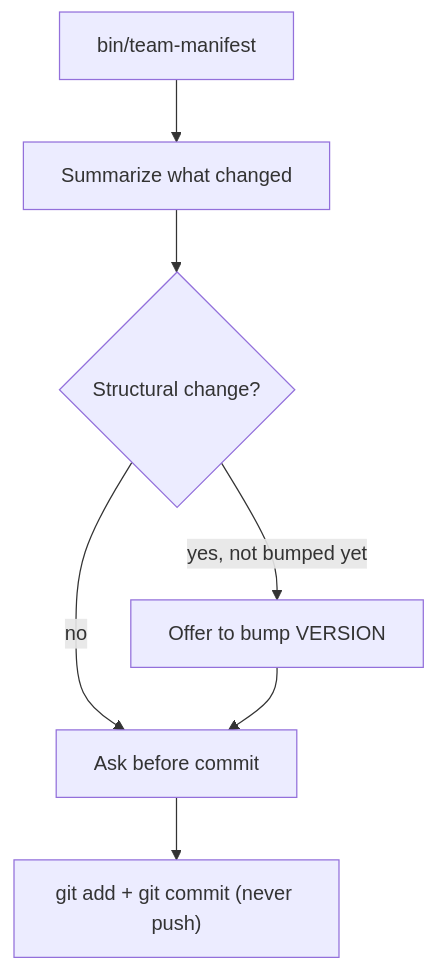
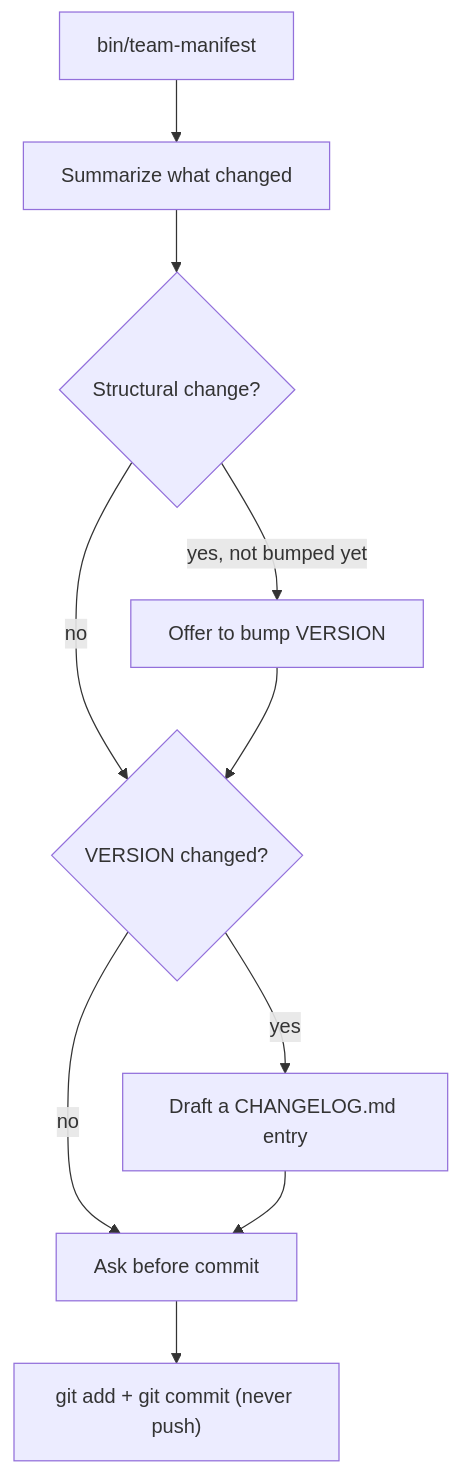
The first of 2 diagrams in docs/updates.md (revans/rails-agentic-engineering-team), drawn with Mermaid before and after one commit. The commit also changed other lines of this file and 7 other files, not shown here.

````diff
--- a/docs/updates.md
+++ b/docs/updates.md
@@ -13,9 +13,12 @@
 ```mermaid
 flowchart TD
     A["bin/team-manifest"] --> B[Summarize what changed]
     B --> C{Structural change?}
     C -->|yes, not bumped yet| D[Offer to bump VERSION]
-    C -->|no| E[Ask before commit]
+    C -->|no| E{VERSION changed?}
     D --> E
-    E --> F["git add + git commit (never push)"]
+    E -->|yes| F[Draft a CHANGELOG.md entry]
+    E -->|no| G[Ask before commit]
+    F --> G
+    G --> H["git add + git commit (never push)"]
 ```
````
